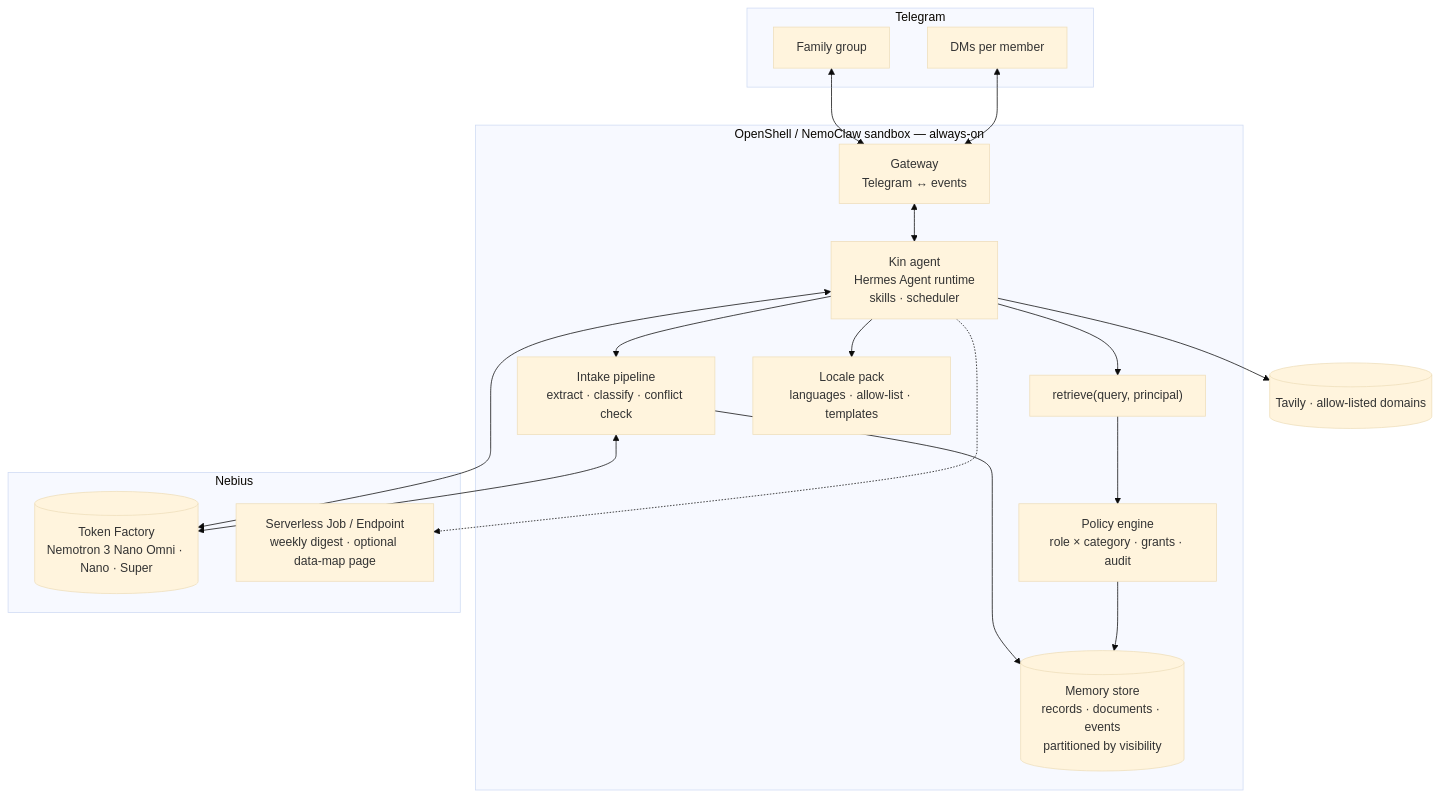
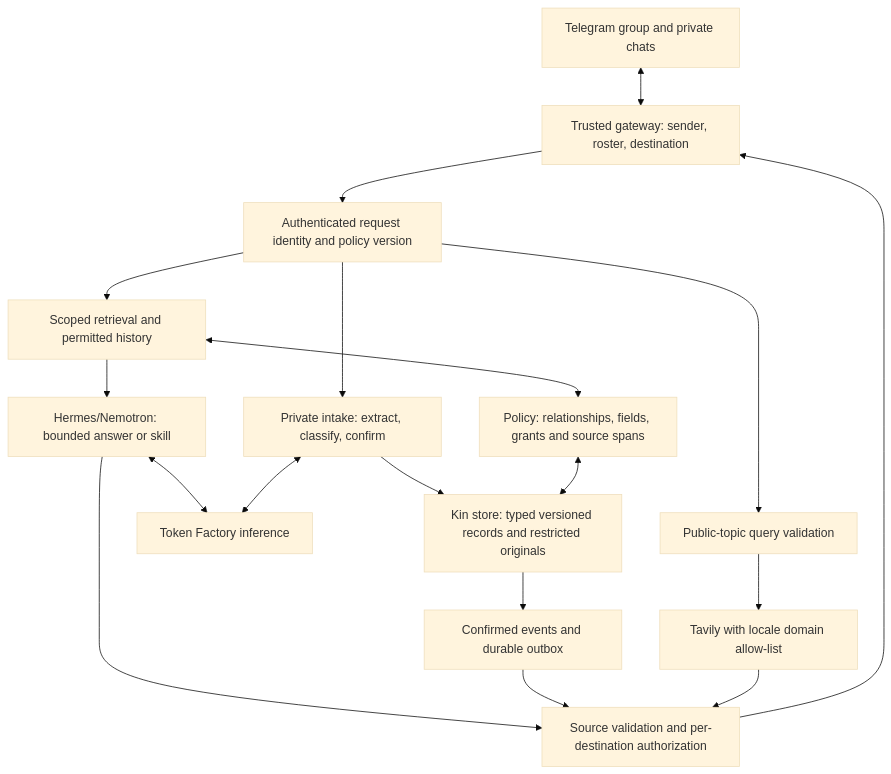
Before and after one commit to wenhao7/kin: the diagram in docs/05-architecture.md, drawn with Mermaid (base theme). The commit also changed other lines of this file and 6 other files, not shown here.

````diff
--- a/docs/05-architecture.md
+++ b/docs/05-architecture.md
@@ -12,30 +7,20 @@
 ```mermaid
 flowchart TB
-    subgraph Telegram
-        G[Family group]
-        D[DMs per member]
-    end
-    subgraph Sandbox["OpenShell / NemoClaw sandbox — always-on"]
-        GW[Gateway<br/>Telegram ↔ events]
-        AG[Kin agent<br/>Hermes Agent runtime<br/>skills · scheduler]
-        IN[Intake pipeline<br/>extract · classify · conflict check]
-        PE[Policy engine<br/>role × category · grants · audit]
-        RET["retrieve(query, principal)"]
-        MEM[(Memory store<br/>records · documents · events<br/>partitioned by visibility)]
-        LOC[Locale pack<br/>languages · allow-list · templates]
-    end
-    subgraph Nebius
-        TF[(Token Factory<br/>Nemotron 3 Nano Omni · Nano · Super)]
-        SE[Serverless Job / Endpoint<br/>weekly digest · optional data-map page]
-    end
-    TV[(Tavily · allow-listed domains)]
-
-    G & D <--> GW <--> AG
-    AG --> IN --> MEM
-    AG --> RET --> PE --> MEM
-    AG <--> TF
+    TG[Telegram group and private chats] <--> GW[Trusted gateway: sender, roster, destination]
+    GW --> ID[Authenticated request identity and policy version]
+    ID --> IN[Private intake: extract, classify, confirm]
+    ID --> RET[Scoped retrieval and permitted history]
+    IN --> DB[Kin store: typed versioned records and restricted originals]
+    RET <--> PE[Policy: relationships, fields, grants and source spans]
+    PE <--> DB
+    RET --> AG[Hermes/Nemotron: bounded answer or skill]
+    AG --> OUT[Source validation and per-destination authorization]
+    OUT --> GW
+    DB --> EV[Confirmed events and durable outbox]
+    EV --> OUT
+    AG <--> TF[Token Factory inference]
     IN <--> TF
-    AG --> TV
-    AG --> LOC
-    AG -.-> SE
+    ID --> Q[Public-topic query validation]
+    Q --> TV[Tavily with locale domain allow-list]
+    TV --> OUT
 ```
````
